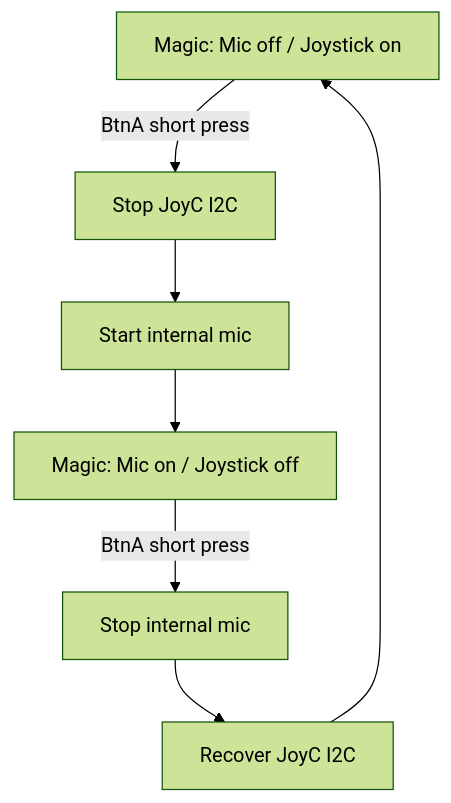
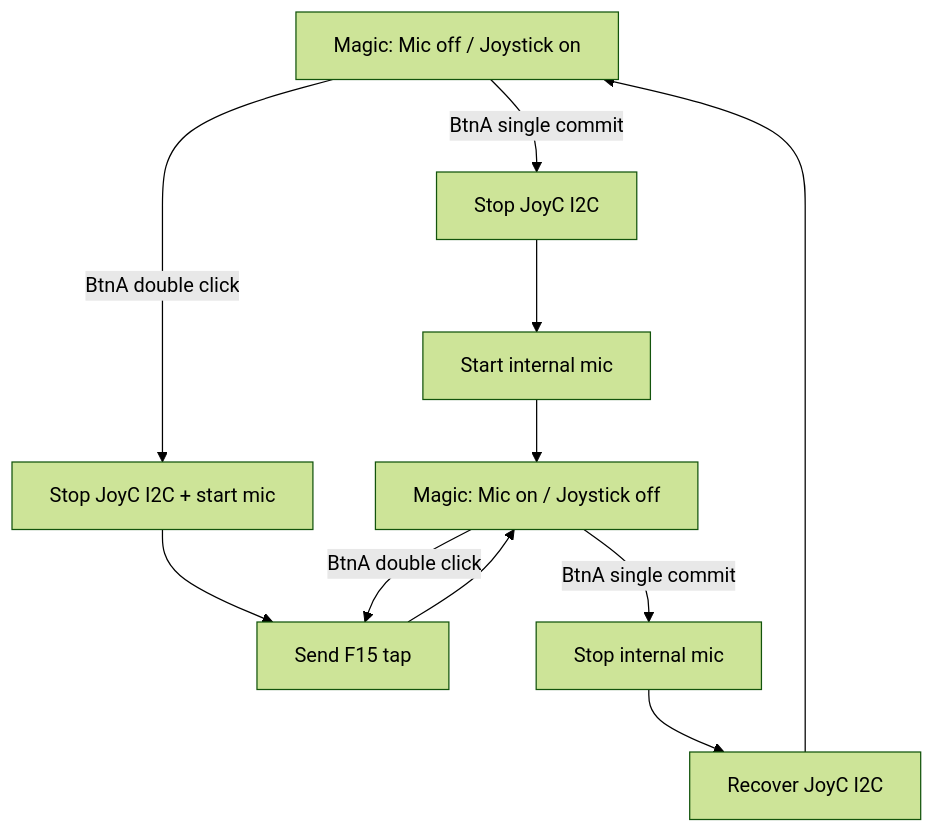
The third of 4 diagrams in docs/ui-interaction-review.md (deepxanshu/kino), drawn with Mermaid (forest theme) before and after one commit. The commit also changed other lines of this file and 13 other files, not shown here.

First line of the commit message:
feat: add BtnA double click F15 action

````diff
--- a/docs/ui-interaction-review.md
+++ b/docs/ui-interaction-review.md
@@ -194,9 +197,13 @@
 ```mermaid
 flowchart TD
-    A["Magic: Mic off / Joystick on"] -->|"BtnA short press"| B["Stop JoyC I2C"]
+    A["Magic: Mic off / Joystick on"] -->|"BtnA single commit"| B["Stop JoyC I2C"]
     B --> C["Start internal mic"]
     C --> D["Magic: Mic on / Joystick off"]
-    D -->|"BtnA short press"| E["Stop internal mic"]
+    A -->|"BtnA double click"| G["Stop JoyC I2C + start mic"]
+    G --> H["Send F15 tap"]
+    H --> D
+    D -->|"BtnA double click"| H
+    D -->|"BtnA single commit"| E["Stop internal mic"]
     E --> F["Recover JoyC I2C"]
     F --> A
 ```
````
